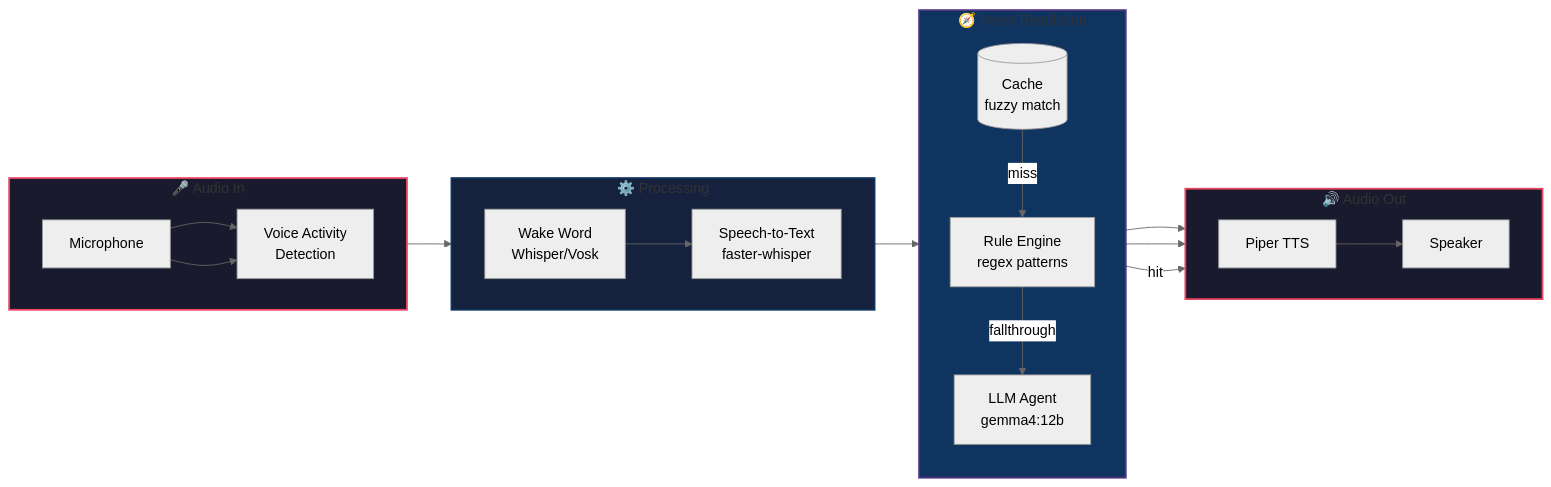
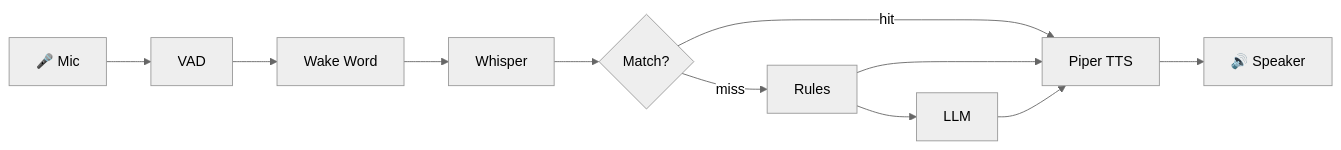
One commit to gajanand27-05/sg-cube_v1 changed the second of 3 diagrams in README.md. Above: the diagram before and after it, drawn with Mermaid (neutral theme). The commit also changed other lines of this file, not shown here.

Commit message:
Condense mermaid diagrams: 167→30 lines, 3 diagrams cut 70%+ nodes

````diff
--- a/README.md
+++ b/README.md
@@ -133,35 +65,10 @@
 ```mermaid
 flowchart LR
-    subgraph Input["🎤 Audio In"]
-        direction LR
-        MIC[Microphone] --> VAD[Voice Activity<br/>Detection]
-    end
-
-    subgraph Processing["⚙️ Processing"]
-        direction LR
-        VAD --> WW[Wake Word<br/>Whisper/Vosk]
-        WW --> STT[Speech-to-Text<br/>faster-whisper]
-    end
-
-    subgraph Routing["🧭 Intent Resolution"]
-        direction TB
-        STT --> CACHE[(Cache<br/>fuzzy match)]
-        CACHE -->|miss| RULE[Rule Engine<br/>regex patterns]
-        RULE -->|fallthrough| LLM[LLM Agent<br/>gemma4:12b]
-    end
-
-    subgraph Output["🔊 Audio Out"]
-        direction LR
-        TTS[Piper TTS] --> SPEAKER[Speaker]
-    end
-
-    MIC --> VAD
+    MIC[🎤 Mic] --> VAD[VAD] --> WW[Wake Word] --> STT[Whisper]
+    STT --> CACHE{Match?}
+    CACHE -->|miss| RULE[Rules] --> LLM[LLM]
+    CACHE -->|hit| TTS
+    RULE --> TTS
     LLM --> TTS
-    RULE --> TTS
-    CACHE -->|hit| TTS
-
-    style Input fill:#1a1a2e,stroke:#e94560,stroke-width:2px
-    style Processing fill:#16213e,stroke:#0f3460,stroke-width:2px
-    style Routing fill:#0f3460,stroke:#533483,stroke-width:2px
-    style Output fill:#1a1a2e,stroke:#e94560,stroke-width:2px
+    TTS[Piper TTS] --> SP[🔊 Speaker]
 ```
````
